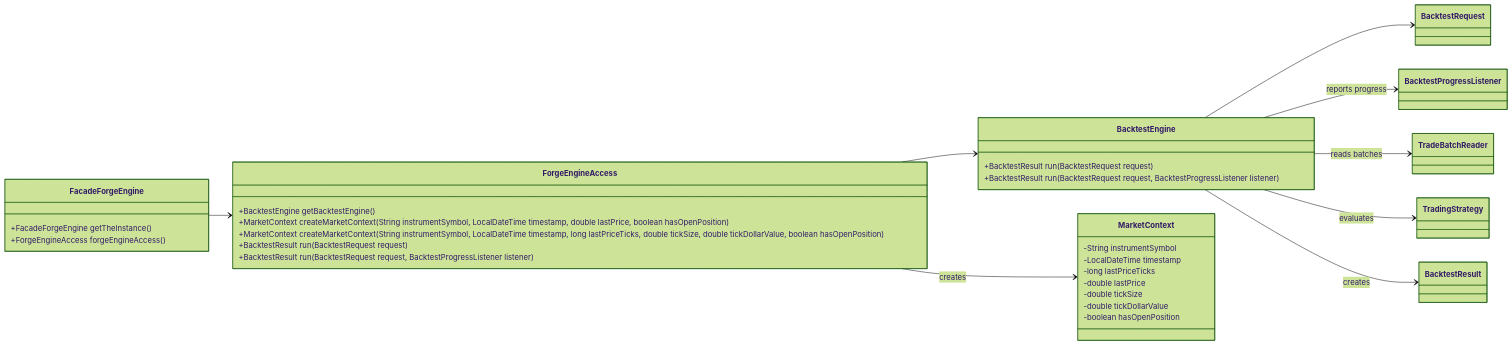
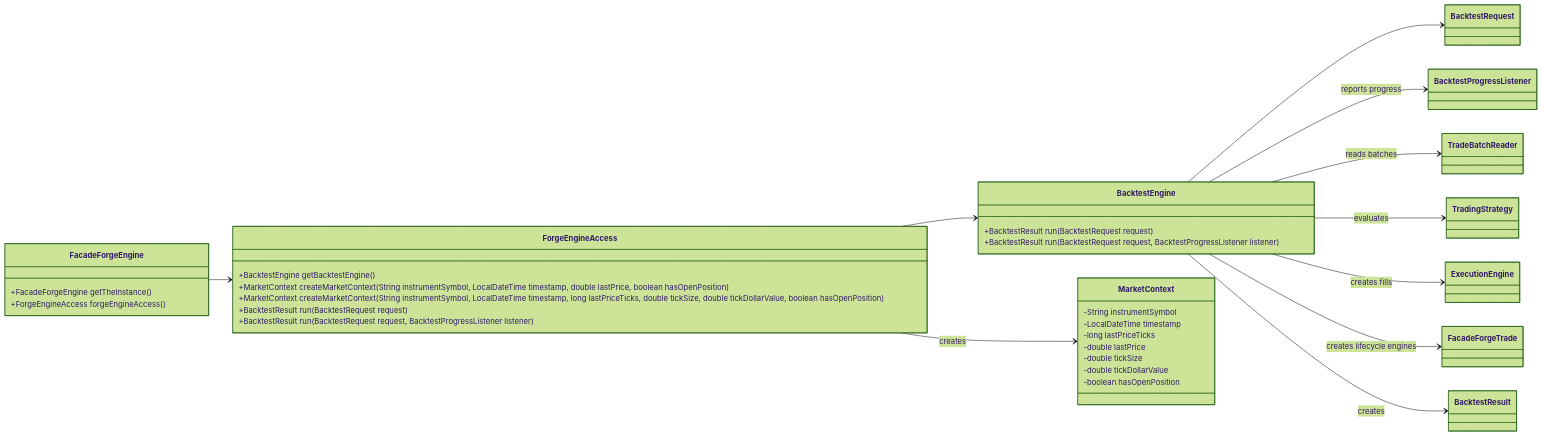
Diagram 16 of 24 in class-model.md (probst-paul/FORGE), drawn with Mermaid (forest theme) before and after one commit. The commit also changed other lines of this file and 16 other files, not shown here.

First line of the commit message:
Add trade lifecycle and current-tick execution

````diff
--- a/class-model.md
+++ b/class-model.md
@@ -1025,41 +1027,43 @@
 ```mermaid
 classDiagram
     direction LR
 
     class FacadeForgeEngine {
         +FacadeForgeEngine getTheInstance()
         +ForgeEngineAccess forgeEngineAccess()
     }
 
     class ForgeEngineAccess {
         +BacktestEngine getBacktestEngine()
         +MarketContext createMarketContext(String instrumentSymbol, LocalDateTime timestamp, double lastPrice, boolean hasOpenPosition)
         +MarketContext createMarketContext(String instrumentSymbol, LocalDateTime timestamp, long lastPriceTicks, double tickSize, double tickDollarValue, boolean hasOpenPosition)
         +BacktestResult run(BacktestRequest request)
         +BacktestResult run(BacktestRequest request, BacktestProgressListener listener)
     }
 
     class BacktestEngine {
         +BacktestResult run(BacktestRequest request)
         +BacktestResult run(BacktestRequest request, BacktestProgressListener listener)
     }
 
     class MarketContext {
         -String instrumentSymbol
         -LocalDateTime timestamp
         -long lastPriceTicks
         -double lastPrice
         -double tickSize
         -double tickDollarValue
         -boolean hasOpenPosition
     }
 
     FacadeForgeEngine --> ForgeEngineAccess
     ForgeEngineAccess --> BacktestEngine
     ForgeEngineAccess --> MarketContext : creates
     BacktestEngine --> BacktestRequest
     BacktestEngine --> BacktestProgressListener : reports progress
     BacktestEngine --> TradeBatchReader : reads batches
     BacktestEngine --> TradingStrategy : evaluates
+    BacktestEngine --> ExecutionEngine : creates fills
+    BacktestEngine --> FacadeForgeTrade : creates lifecycle engines
     BacktestEngine --> BacktestResult : creates
 ```
````
